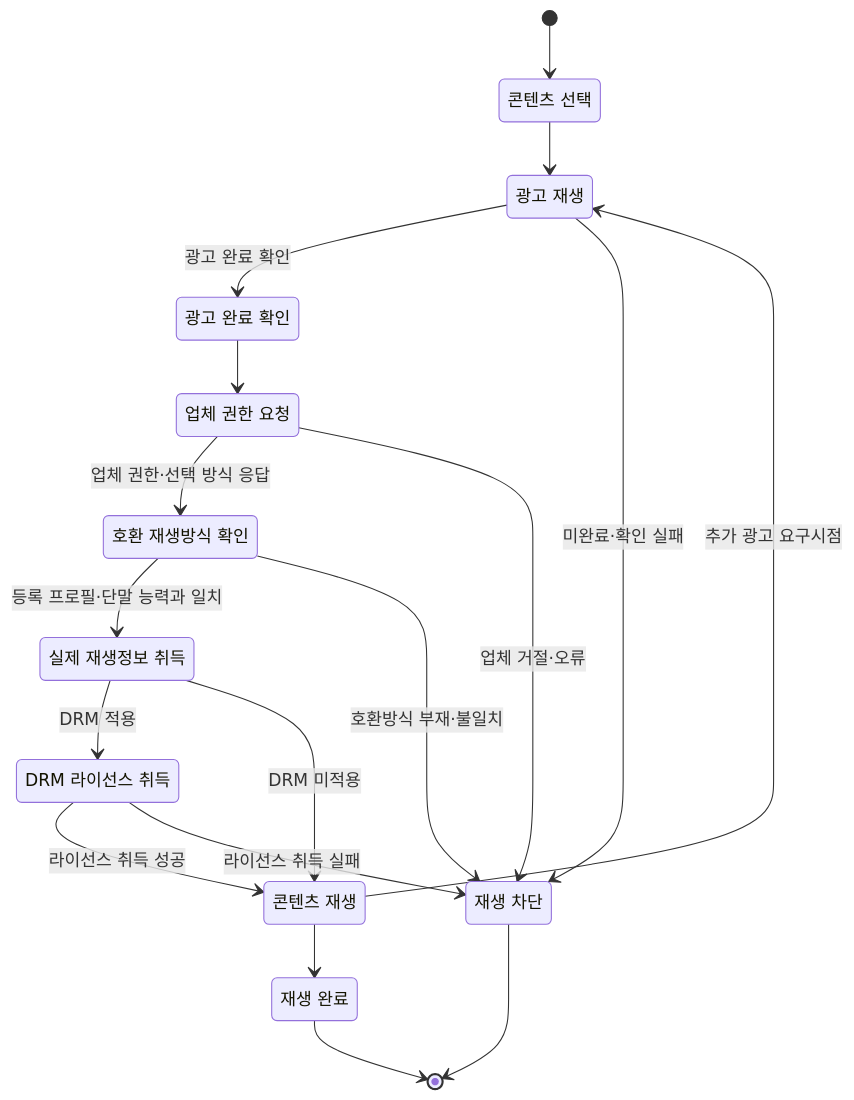
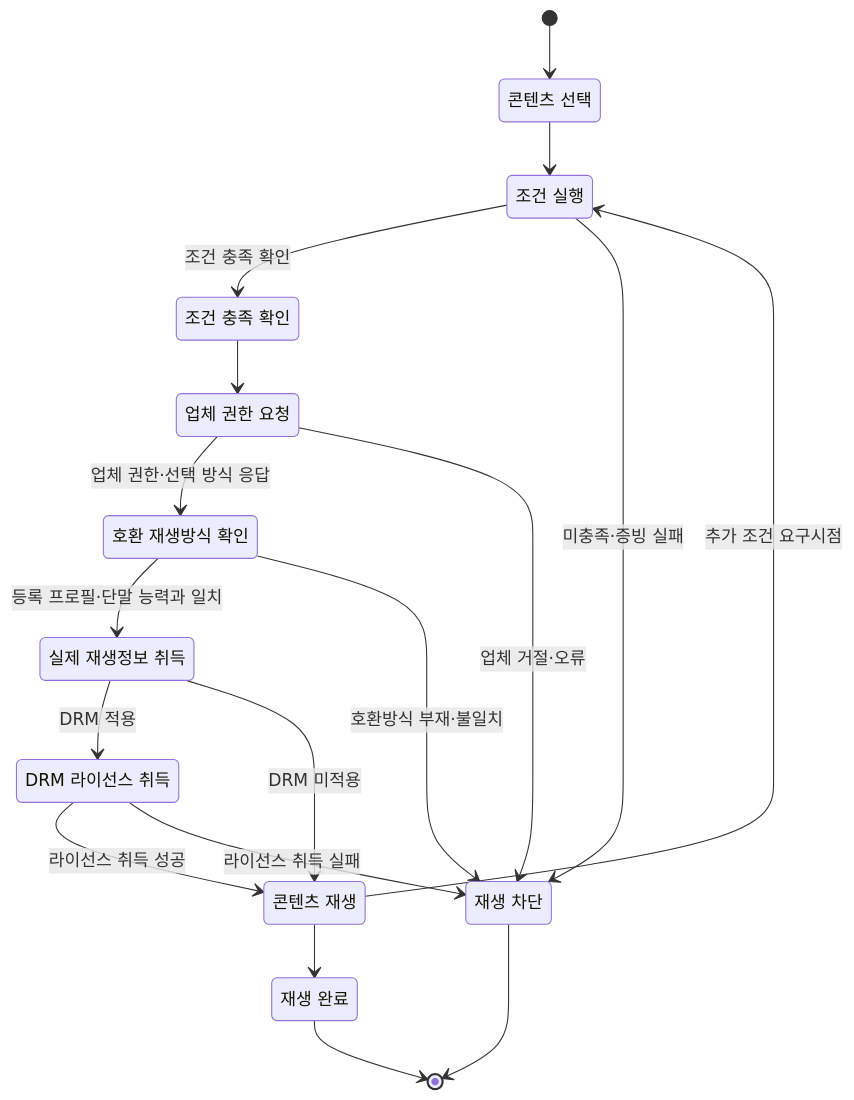
Diagram 11 of 11 in instant_play_직무발명서.md (growdai1y/instant-play), drawn with Mermaid before and after one commit. The commit also changed other lines of this file, not shown here.

Commit message:
Update invention disclosure for entitlement condition profiles

````diff
--- a/instant_play_직무발명서.md
+++ b/instant_play_직무발명서.md
@@ -1019,31 +1168,31 @@
 ```mermaid
 stateDiagram-v2
     state "콘텐츠 선택" as Selected
-    state "광고 재생" as AdPlaying
-    state "광고 완료 확인" as AdConfirmed
+    state "조건 실행" as ConditionRunning
+    state "조건 충족 확인" as ConditionConfirmed
     state "업체 권한 요청" as GrantRequested
     state "호환 재생방식 확인" as Compatible
     state "실제 재생정보 취득" as PlaybackInfo
     state "DRM 라이선스 취득" as License
     state "콘텐츠 재생" as Playing
     state "재생 차단" as Denied
     state "재생 완료" as Completed
 
     [*] --> Selected
-    Selected --> AdPlaying
-    AdPlaying --> AdConfirmed: 광고 완료 확인
-    AdPlaying --> Denied: 미완료·확인 실패
-    AdConfirmed --> GrantRequested
+    Selected --> ConditionRunning
+    ConditionRunning --> ConditionConfirmed: 조건 충족 확인
+    ConditionRunning --> Denied: 미충족·증빙 실패
+    ConditionConfirmed --> GrantRequested
     GrantRequested --> Compatible: 업체 권한·선택 방식 응답
     GrantRequested --> Denied: 업체 거절·오류
     Compatible --> PlaybackInfo: 등록 프로필·단말 능력과 일치
     Compatible --> Denied: 호환방식 부재·불일치
     PlaybackInfo --> License: DRM 적용
     License --> Playing: 라이선스 취득 성공
     License --> Denied: 라이선스 취득 실패
     PlaybackInfo --> Playing: DRM 미적용
-    Playing --> AdPlaying: 추가 광고 요구시점
+    Playing --> ConditionRunning: 추가 조건 요구시점
     Playing --> Completed
     Completed --> [*]
     Denied --> [*]
 ```
````
